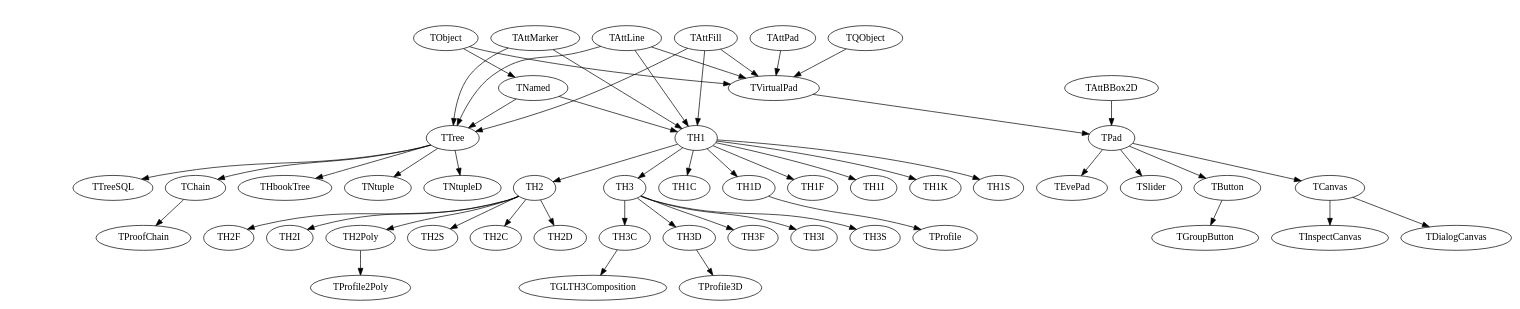
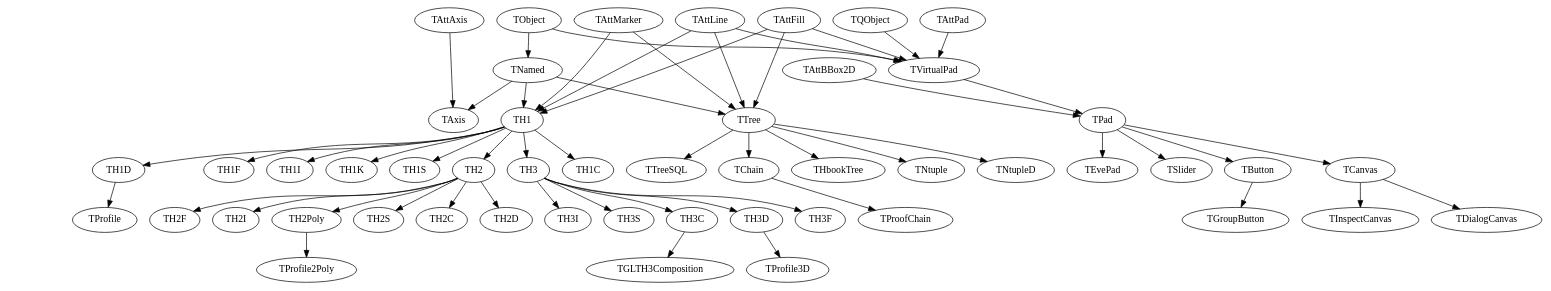
Before and after one commit to Gongzi-Zhang/Code: the diagram in Root/hierarchy.dot, drawn with Graphviz. The commit also changed 4 other files, not shown here.

```diff
--- a/Root/hierarchy.dot
+++ b/Root/hierarchy.dot
@@ -1,92 +1,95 @@
 digraph hier {
     /*
     subgraph layer0 {
 	note TQObject; 
 	note TAttMarker; 
 	note TObject; 
 	note TAttLine; 
 	note TAttFill; 
 	note TAttPad;
     }
 
     subgraph layer1 {
 	note TNamed; 
 	note TVirtualPad;
 	note TAttBBox2D;
     }
 
     subgraph layer2 {
 	note TTree;
 	note TPad;
     }
 
     subgraph layer3 {
 	note TChain; 
 	note THbookTree; 
 	note TNtuple; 
 	note TNtupleD; 
 	note TTreeSQL;
 	note TButton;
 	note TCanvas;
 	note TEvePad;
 	note TSlider;
     }
 
     subgraph layer4 {
 	note TProofChain; 
 	note TGroupButton;
 	note TDialogCanvas;
 	note TInspectCanvas;
     }
     */
 
     rank0 [style=invisible];
     rank1 [style=invisible];
     rank2 [style=invisible];
     rank3 [style=invisible];
     rank4 [style=invisible];
     rank5 [style=invisible];
     rank0 -> rank1 -> rank2 -> rank3 -> rank4 -> rank5 [color=white];
 
     { 
 	rank = same; 
-	rank0 -> TObject -> TAttMarker -> TAttLine -> TAttFill -> TQObject [style = invis];
+	rank0 -> TAttAxis -> TObject -> TAttMarker -> TAttLine -> TAttFill -> TQObject [style = invis];
 	rankdir = LR;
     }
     { 
 	rank = same; 
 	// rank1 -> TNamed -> TVirtualPad -> TAttBBox2D [style = invis];
 	rankdir = LR;
     }
     { 
 	rank = same; 
 	rank2 -> TTree -> TPad [style = invis];
 	rankdir = LR;
     }
 
     TObject -> TNamed;
+
+    // Axis
+    {TAttAxis, TNamed} -> TAxis;
 
     // Histergram
     {TNamed, TAttMarker, TAttLine, TAttFill} -> TH1 -> {TH1C, TH1D, TH1F, TH1I, TH1K, TH1S, TH2, TH3};
     TH1D -> TProfile;
     TH2 -> {TH2C, TH2D, TH2F, TH2I, TH2Poly, TH2S};
     TH2Poly -> TProfile2Poly;
     TH3 -> {TH3C, TH3D, TH3F, TH3I, TH3S};
     TH3C -> TGLTH3Composition;
     TH3D -> TProfile3D;
 
     // TTree
     {TNamed, TAttMarker, TAttLine, TAttFill} -> TTree;
     TTree -> {TChain, THbookTree, TNtuple, TNtupleD, TTreeSQL};
 
     TChain -> TProofChain;
 
     // TPad
     TObject -> TVirtualPad;
     {TAttLine, TAttFill} -> TVirtualPad;
     {TAttPad, TQObject} -> TVirtualPad;
     {TVirtualPad, TAttBBox2D} -> TPad -> {TButton, TCanvas, TEvePad, TSlider};
     TButton -> TGroupButton;
     TCanvas -> {TDialogCanvas, TInspectCanvas};
 
 }
```
